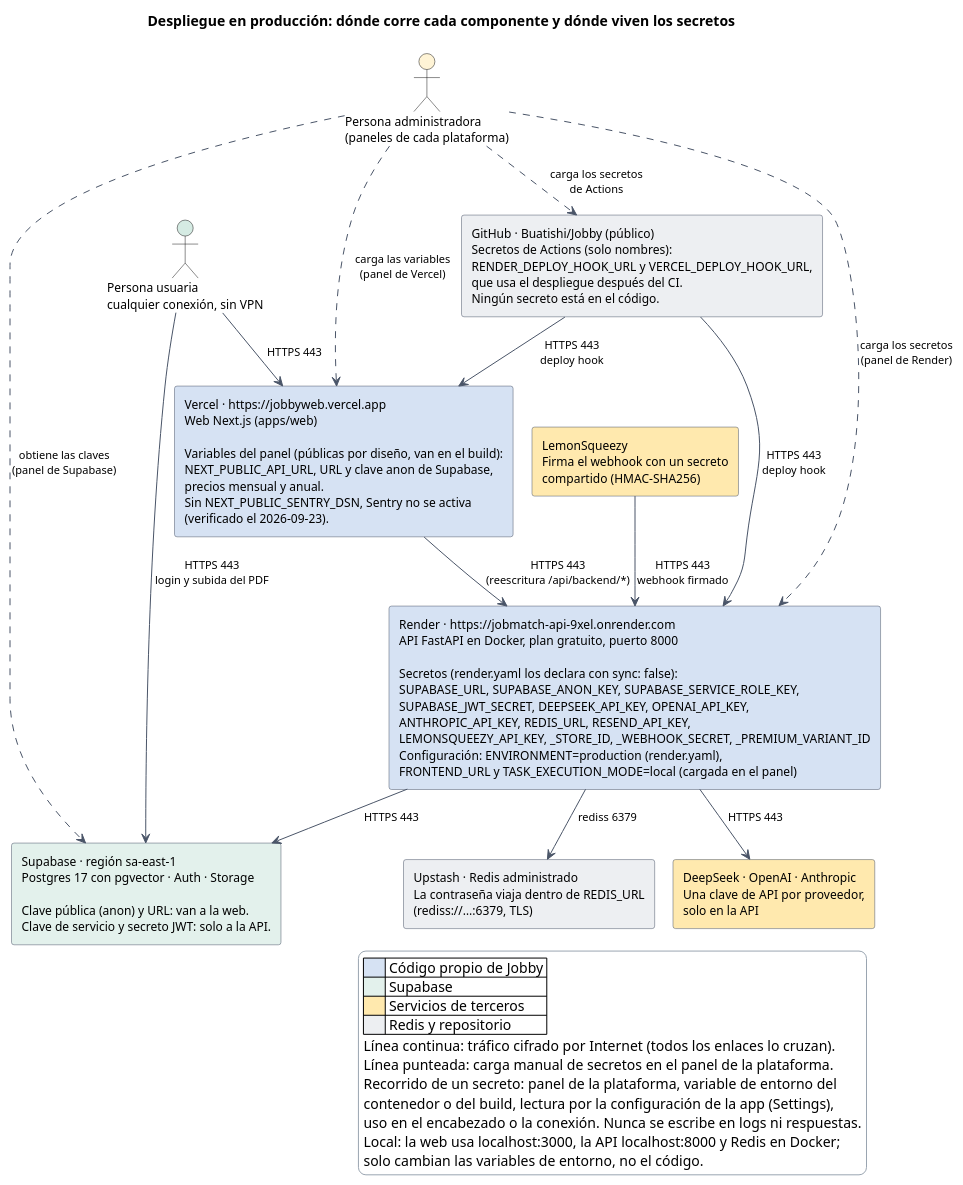
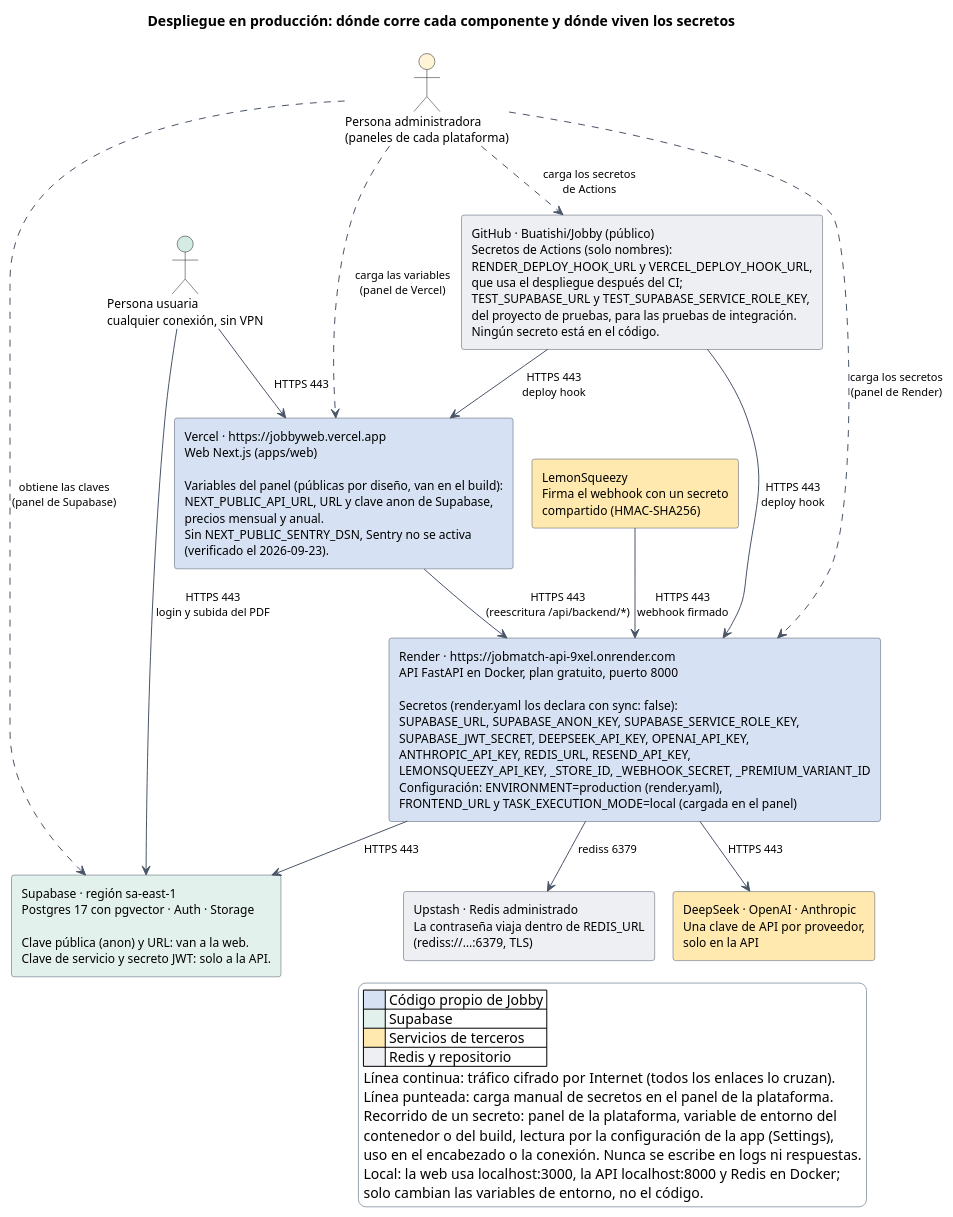
One commit to Buatishi/Jobby changed the diagram in docs/diagramas/despliegue-y-secretos.puml. Above: the diagram before and after it, drawn with PlantUML. The commit also changed 7 other files, not shown here.

```diff
--- a/docs/diagramas/despliegue-y-secretos.puml
+++ b/docs/diagramas/despliegue-y-secretos.puml
@@ -1,63 +1,63 @@
 @startuml
 ' Despliegue de Jobby en producción, con la ubicación de los secretos. Verificado contra render.yaml, .env.example,
 ' README.md (En producción, Despliegue y Variables de entorno), apps/web/next.config.ts y las comprobaciones del 2026-09-21.
 ' Solo aparecen NOMBRES de variables; ningún valor.
 !pragma layout smetana
 top to bottom direction
 skinparam shadowing false
 skinparam defaultFontName Arial
 skinparam defaultFontSize 12
 skinparam ArrowColor #4A5568
 skinparam ArrowFontSize 11
 skinparam RectangleBorderColor #4A5568
 skinparam legendBackgroundColor #FFFFFF
 skinparam legendBorderColor #9AA5B1
 
 title Despliegue en producción: dónde corre cada componente y dónde viven los secretos
 
 actor "Persona usuaria\ncualquier conexión, sin VPN" as U #D5EBE3
 actor "Persona administradora\n(paneles de cada plataforma)" as ADM #FFF4D6
 
 rectangle "Vercel · https://jobbyweb.vercel.app\nWeb Next.js (apps/web)\n\nVariables del panel (públicas por diseño, van en el build):\nNEXT_PUBLIC_API_URL, URL y clave anon de Supabase,\nprecios mensual y anual.\nSin NEXT_PUBLIC_SENTRY_DSN, Sentry no se activa\n(verificado el 2026-09-23)." as WEB #D6E2F3
 
 rectangle "Render · https://jobmatch-api-9xel.onrender.com\nAPI FastAPI en Docker, plan gratuito, puerto 8000\n\nSecretos (render.yaml los declara con sync: false):\nSUPABASE_URL, SUPABASE_ANON_KEY, SUPABASE_SERVICE_ROLE_KEY,\nSUPABASE_JWT_SECRET, DEEPSEEK_API_KEY, OPENAI_API_KEY,\nANTHROPIC_API_KEY, REDIS_URL, RESEND_API_KEY,\nLEMONSQUEEZY_API_KEY, _STORE_ID, _WEBHOOK_SECRET, _PREMIUM_VARIANT_ID\nConfiguración: ENVIRONMENT=production (render.yaml),\nFRONTEND_URL y TASK_EXECUTION_MODE=local (cargada en el panel)" as API #D6E2F3
 
 rectangle "Supabase · región sa-east-1\nPostgres 17 con pgvector · Auth · Storage\n\nClave pública (anon) y URL: van a la web.\nClave de servicio y secreto JWT: solo a la API." as SUP #E3F1EC
 
 rectangle "Upstash · Redis administrado\nLa contraseña viaja dentro de REDIS_URL\n(rediss://…:6379, TLS)" as RED #EDEFF2
 
 rectangle "DeepSeek · OpenAI · Anthropic\nUna clave de API por proveedor,\nsolo en la API" as IA #FFE9AE
 
 rectangle "LemonSqueezy\nFirma el webhook con un secreto\ncompartido (HMAC-SHA256)" as LS #FFE9AE
 
-rectangle "GitHub · Buatishi/Jobby (público)\nSecretos de Actions (solo nombres):\nRENDER_DEPLOY_HOOK_URL y VERCEL_DEPLOY_HOOK_URL,\nque usa el despliegue después del CI.\nNingún secreto está en el código." as GH #EDEFF2
+rectangle "GitHub · Buatishi/Jobby (público)\nSecretos de Actions (solo nombres):\nRENDER_DEPLOY_HOOK_URL y VERCEL_DEPLOY_HOOK_URL,\nque usa el despliegue después del CI;\nTEST_SUPABASE_URL y TEST_SUPABASE_SERVICE_ROLE_KEY,\ndel proyecto de pruebas, para las pruebas de integración.\nNingún secreto está en el código." as GH #EDEFF2
 
 U --> WEB : HTTPS 443
 U --> SUP : HTTPS 443\nlogin y subida del PDF
 WEB --> API : HTTPS 443\n(reescritura /api/backend/*)
 API --> SUP : HTTPS 443
 API --> RED : rediss 6379
 API --> IA : HTTPS 443
 LS --> API : HTTPS 443\nwebhook firmado
 GH --> API : HTTPS 443\ndeploy hook
 GH --> WEB : HTTPS 443\ndeploy hook
 
 ADM ..> WEB : carga las variables\n(panel de Vercel)
 ADM ..> API : carga los secretos\n(panel de Render)
 ADM ..> SUP : obtiene las claves\n(panel de Supabase)
 ADM ..> GH : carga los secretos\nde Actions
 
 legend right
   |<#D6E2F3>      | Código propio de Jobby |
   |<#E3F1EC>      | Supabase |
   |<#FFE9AE>      | Servicios de terceros |
   |<#EDEFF2>      | Redis y repositorio |
   Línea continua: tráfico cifrado por Internet (todos los enlaces lo cruzan).
   Línea punteada: carga manual de secretos en el panel de la plataforma.
   Recorrido de un secreto: panel de la plataforma, variable de entorno del
   contenedor o del build, lectura por la configuración de la app (Settings),
   uso en el encabezado o la conexión. Nunca se escribe en logs ni respuestas.
   Local: la web usa localhost:3000, la API localhost:8000 y Redis en Docker;
   solo cambian las variables de entorno, no el código.
 endlegend
 @enduml
```
